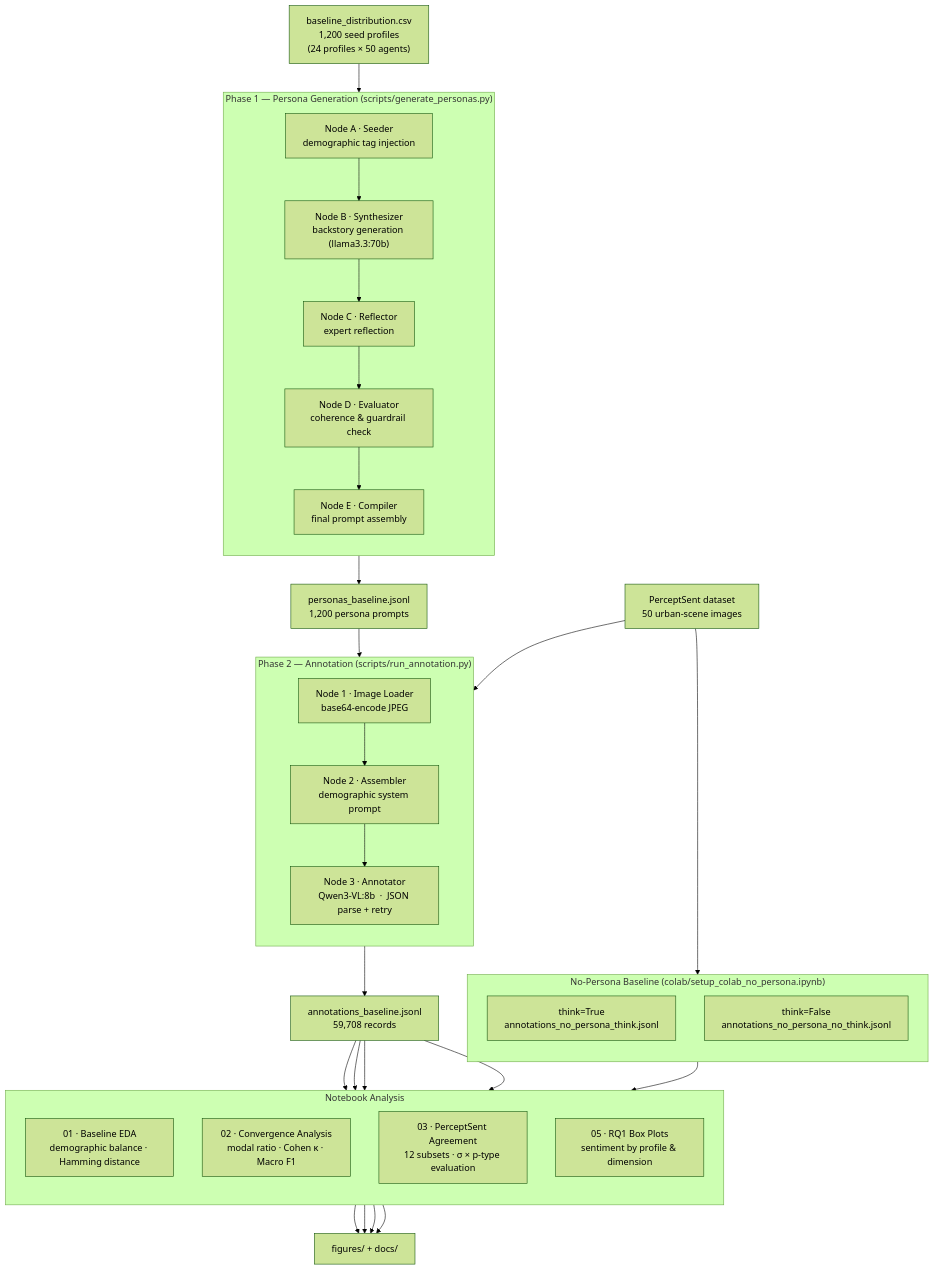
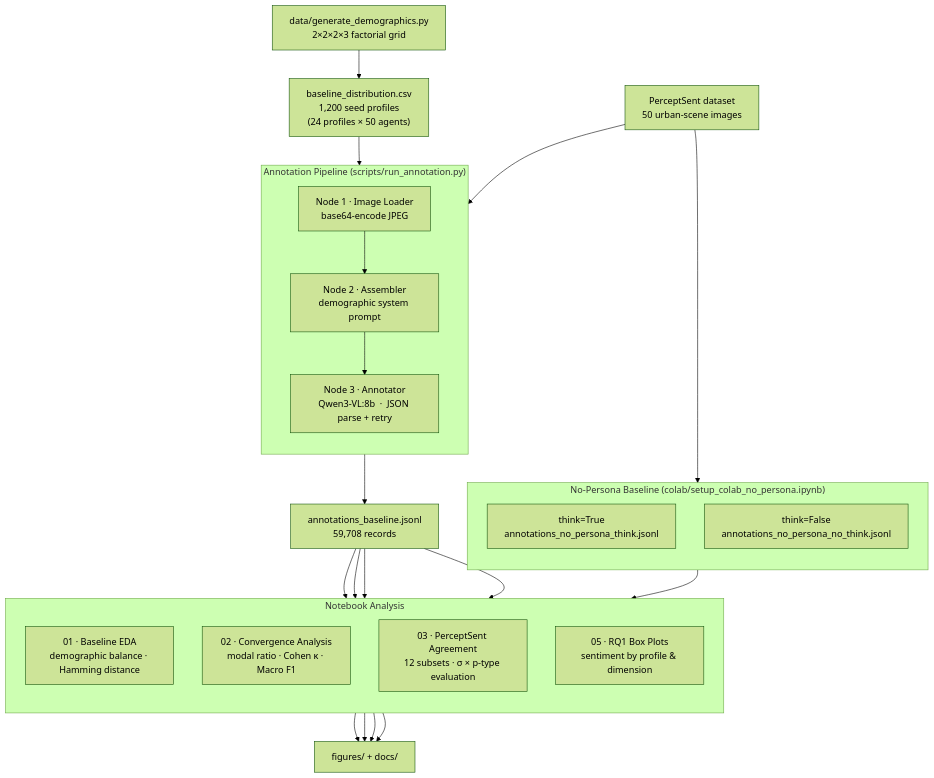
One commit to neemiasbsilva/mllm-persona-evaluation changed the diagram in README.md. Above: the diagram before and after it, drawn with Mermaid (forest theme). The commit also changed other lines of this file, not shown here.

Commit message:
docs: rewrite README with mermaid pipeline diagram and full reproduce guide

````diff
--- a/README.md
+++ b/README.md
@@ -9,52 +9,42 @@
 ```mermaid
 flowchart TD
-    A["baseline_distribution.csv\n1,200 seed profiles\n(24 profiles × 50 agents)"] --> P1
+    GD["data/generate_demographics.py\n2×2×2×3 factorial grid"] --> A
 
-    subgraph P1["Phase 1 — Persona Generation  (scripts/generate_personas.py)"]
-        direction TB
-        B["Node A · Seeder\ndemographic tag injection"] --> C["Node B · Synthesizer\nbackstory generation (llama3.3:70b)"]
-        C --> D["Node C · Reflector\nexpert reflection"]
-        D --> E["Node D · Evaluator\ncoherence & guardrail check"]
-        E --> F["Node E · Compiler\nfinal prompt assembly"]
-    end
+    A["baseline_distribution.csv\n1,200 seed profiles\n(24 profiles × 50 agents)"] --> P2
+    H["PerceptSent dataset\n50 urban-scene images"] --> P2
 
-    P1 --> G["personas_baseline.jsonl\n1,200 persona prompts"]
-
-    H["PerceptSent dataset\n50 urban-scene images"] --> P2
-    G --> P2
-
-    subgraph P2["Phase 2 — Annotation  (scripts/run_annotation.py)"]
+    subgraph P2["Annotation Pipeline  (scripts/run_annotation.py)"]
         direction TB
         I["Node 1 · Image Loader\nbase64-encode JPEG"] --> J["Node 2 · Assembler\ndemographic system prompt"]
         J --> K["Node 3 · Annotator\nQwen3-VL:8b  ·  JSON parse + retry"]
     end
 
     P2 --> L["annotations_baseline.jsonl\n59,708 records"]
 
     H --> NP
 
     subgraph NP["No-Persona Baseline  (colab/setup_colab_no_persona.ipynb)"]
         direction TB
-        NP1["think=True\nannotations_no_persona_think.jsonl"] 
+        NP1["think=True\nannotations_no_persona_think.jsonl"]
         NP2["think=False\nannotations_no_persona_no_think.jsonl"]
     end
 
     subgraph NB["Notebook Analysis"]
         direction TB
         N1["01 · Baseline EDA\ndemographic balance · Hamming distance"]
         N2["02 · Convergence Analysis\nmodal ratio · Cohen κ · Macro F1"]
         N3["03 · PerceptSent Agreement\n12 subsets · σ × p-type evaluation"]
         N4["05 · RQ1 Box Plots\nsentiment by profile & dimension"]
     end
 
     L --> N1
     L --> N2
     L --> N3
     L --> N4
     NP --> N3
 
     N1 --> R["figures/  +  docs/"]
     N2 --> R
     N3 --> R
     N4 --> R
 ```
````
